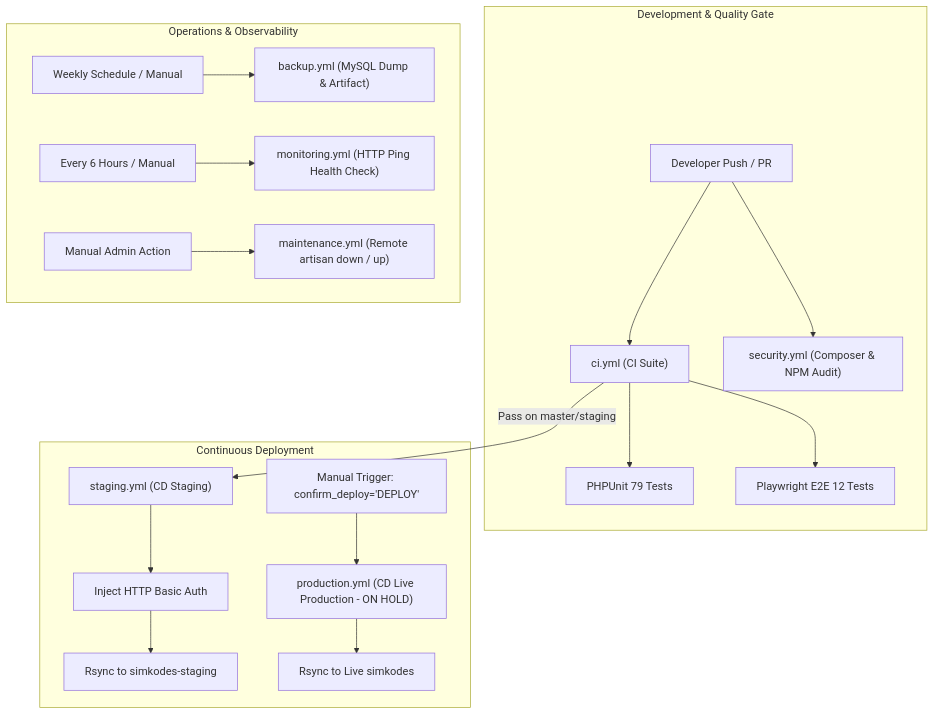
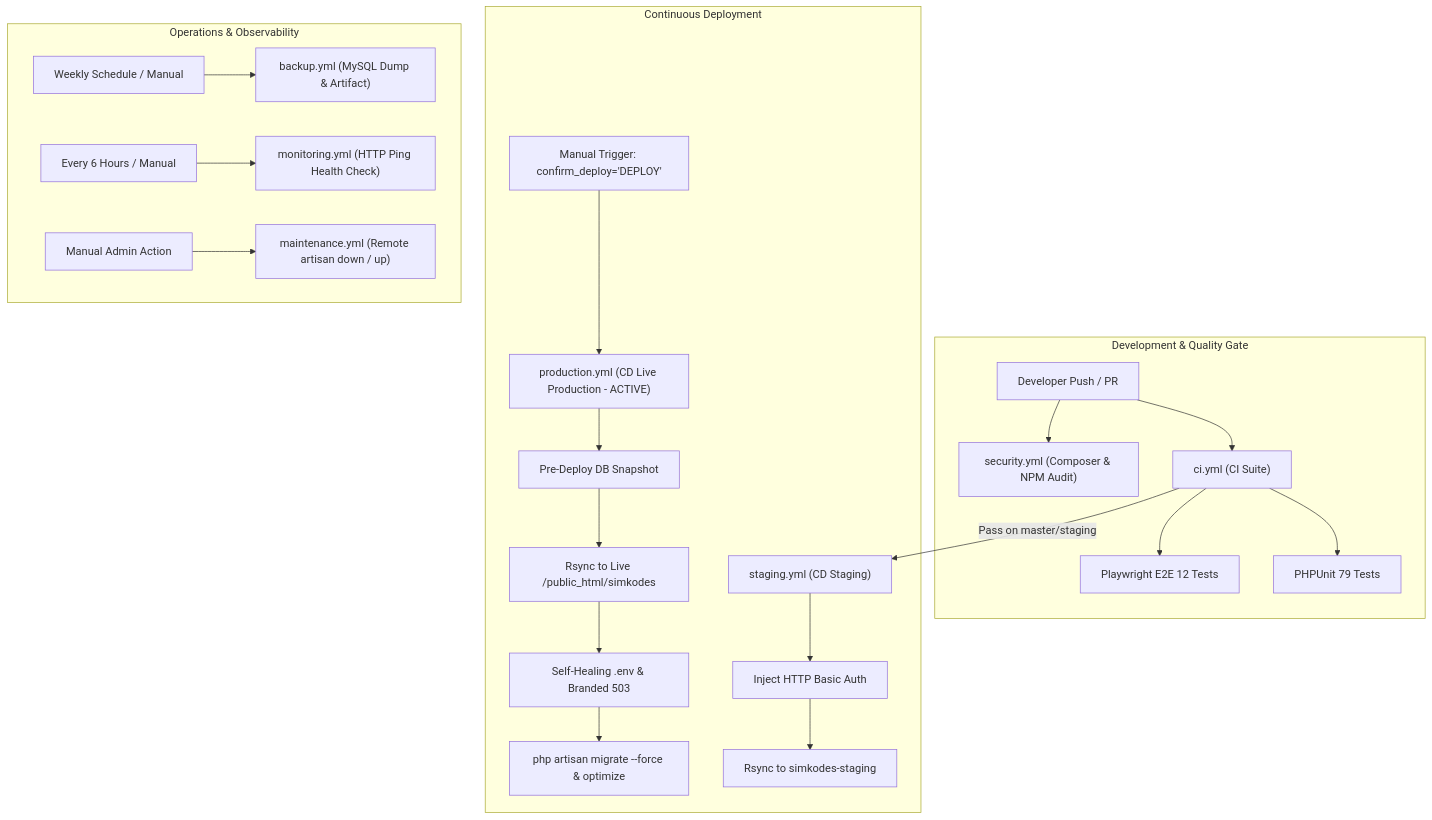
The diagram in docs/prd/04_cicd_pipeline.md (muhamadrofii/simkodes), drawn with Mermaid before and after one commit. The commit also changed other lines of this file and 4 other files, not shown here.

Commit message:
docs(prd): update PRD specifications with live production cutover, zero data loss, and UI modernization

````diff
--- a/docs/prd/04_cicd_pipeline.md
+++ b/docs/prd/04_cicd_pipeline.md
@@ -18,24 +18,27 @@
 ```mermaid
 flowchart TD
     subgraph Development & Quality Gate
         DEV["Developer Push / PR"] --> CI["ci.yml (CI Suite)"]
         CI --> PHPUNIT["PHPUnit 79 Tests"]
         CI --> E2E["Playwright E2E 12 Tests"]
         DEV --> SEC["security.yml (Composer & NPM Audit)"]
     end
 
     subgraph Continuous Deployment
         CI -->|Pass on master/staging| STG["staging.yml (CD Staging)"]
         STG --> BAUTH["Inject HTTP Basic Auth"]
         BAUTH --> RSYNC_STG["Rsync to simkodes-staging"]
 
-        PROD_TRIGGER["Manual Trigger: confirm_deploy='DEPLOY'"] --> PROD["production.yml (CD Live Production - ON HOLD)"]
-        PROD --> RSYNC_PROD["Rsync to Live simkodes"]
+        PROD_TRIGGER["Manual Trigger: confirm_deploy='DEPLOY'"] --> PROD["production.yml (CD Live Production - ACTIVE)"]
+        PROD --> SNAPSHOT["Pre-Deploy DB Snapshot"]
+        SNAPSHOT --> RSYNC_PROD["Rsync to Live /public_html/simkodes"]
+        RSYNC_PROD --> HEAL["Self-Healing .env & Branded 503"]
+        HEAL --> MIGRATE["php artisan migrate --force & optimize"]
     end
 
     subgraph Operations & Observability
         SCHEDULE_BCK["Weekly Schedule / Manual"] --> BCK["backup.yml (MySQL Dump & Artifact)"]
         SCHEDULE_MON["Every 6 Hours / Manual"] --> MON["monitoring.yml (HTTP Ping Health Check)"]
         ADMIN_OPS["Manual Admin Action"] --> MAINT["maintenance.yml (Remote artisan down / up)"]
     end
 ```
````
